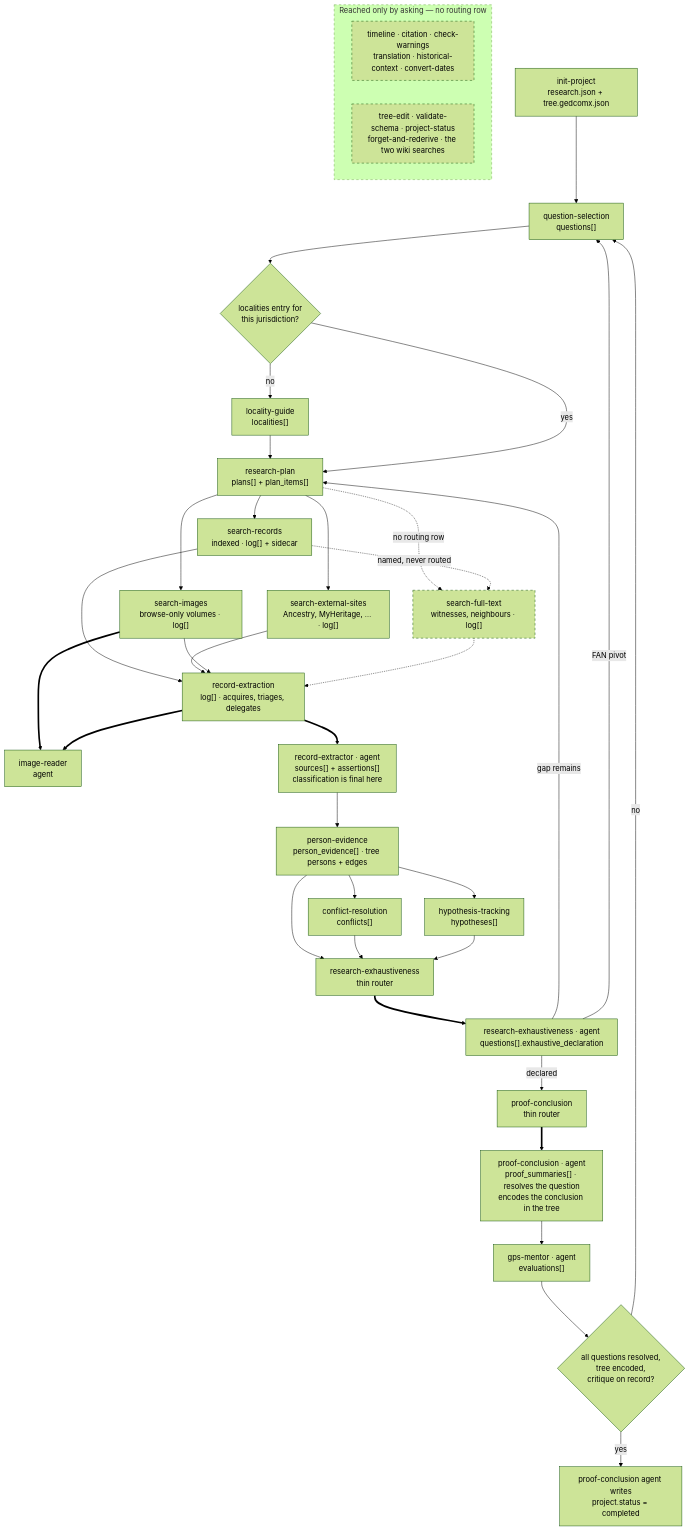
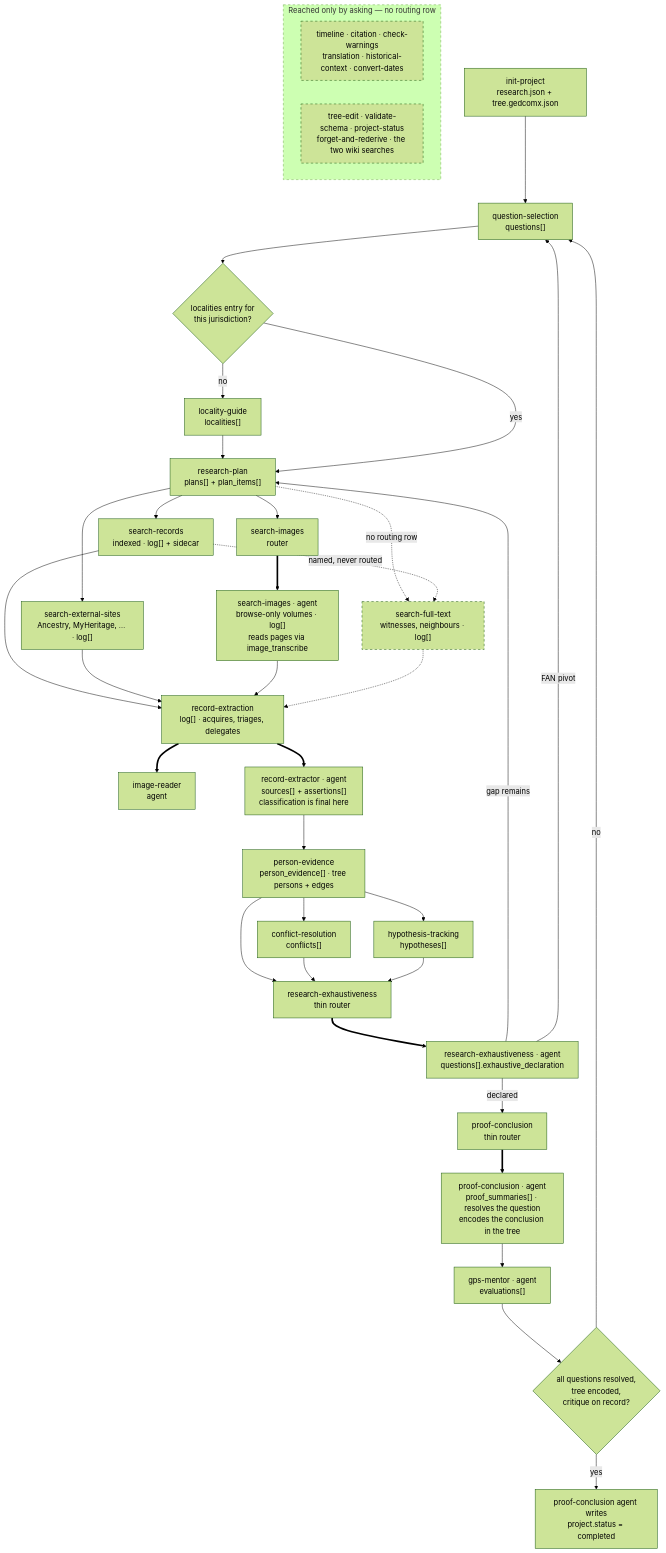
One commit to PioneerAIAcademy/cowork-genealogy changed the diagram in docs/skill-dataflow.md. Above: the diagram before and after it, drawn with Mermaid (forest theme). The commit also changed other lines of this file and 19 other files, not shown here.

First line of the commit message:
search-images: convert into a skill-agent pair (#2121)

````diff
--- a/docs/skill-dataflow.md
+++ b/docs/skill-dataflow.md
@@ -42,53 +58,53 @@
 ```mermaid
 flowchart TD
     IP["init-project<br/>research.json + tree.gedcomx.json"] --> QS
     QS["question-selection<br/>questions[]"] --> LOCGATE
     LOCGATE{"localities entry for<br/>this jurisdiction?"}
     LOCGATE -- no --> LG["locality-guide<br/>localities[]"] --> RP
     LOCGATE -- yes --> RP["research-plan<br/>plans[] + plan_items[]"]
 
     RP --> SR["search-records<br/>indexed · log[] + sidecar"]
     RP --> SE["search-external-sites<br/>Ancestry, MyHeritage, … · log[]"]
-    RP --> SI["search-images<br/>browse-only volumes · log[]"]
+    RP --> SI["search-images<br/>router"]
     RP -.->|"no routing row"| SF["search-full-text<br/>witnesses, neighbours · log[]"]
     SR -.->|"named, never routed"| SF
 
-    SI ==> IR["image-reader<br/>agent"]
-    RE ==> IR
+    SI ==> SIA["search-images · agent<br/>browse-only volumes · log[]<br/>reads pages via image_transcribe"]
+    RE ==> IR["image-reader<br/>agent"]
 
     SR --> RE
     SE --> RE
-    SI --> RE
+    SIA --> RE
     SF -.-> RE
     RE["record-extraction<br/>log[] · acquires, triages, delegates"]
     RE ==> RX["record-extractor · agent<br/>sources[] + assertions[]<br/>classification is final here"]
 
     RX --> PE["person-evidence<br/>person_evidence[] · tree persons + edges"]
     PE --> CR["conflict-resolution<br/>conflicts[]"]
     PE --> HT["hypothesis-tracking<br/>hypotheses[]"]
     PE --> EX
     CR --> EX
     HT --> EX
 
     EX["research-exhaustiveness<br/>thin router"]
     EX ==> EXA["research-exhaustiveness · agent<br/>questions[].exhaustive_declaration"]
     EXA -- "gap remains" --> RP
     EXA -- "FAN pivot" --> QS
     EXA -- "declared" --> PC
 
     PC["proof-conclusion<br/>thin router"]
     PC ==> PCA["proof-conclusion · agent<br/>proof_summaries[] · resolves the question<br/>encodes the conclusion in the tree"]
     PCA --> GM["gps-mentor · agent<br/>evaluations[]"]
     GM --> GATE{"all questions resolved,<br/>tree encoded,<br/>critique on record?"}
     GATE -- no --> QS
     GATE -- yes --> DONE["proof-conclusion agent writes<br/>project.status = completed"]
 
     subgraph ASK ["Reached only by asking — no routing row"]
         direction LR
         U1["timeline · citation · check-warnings<br/>translation · historical-context · convert-dates"]
         U2["tree-edit · validate-schema · project-status<br/>forget-and-rederive · the two wiki searches"]
     end
 
     classDef unrouted stroke-dasharray: 5 5
     class SF,ASK,U1,U2 unrouted
 ```
````
